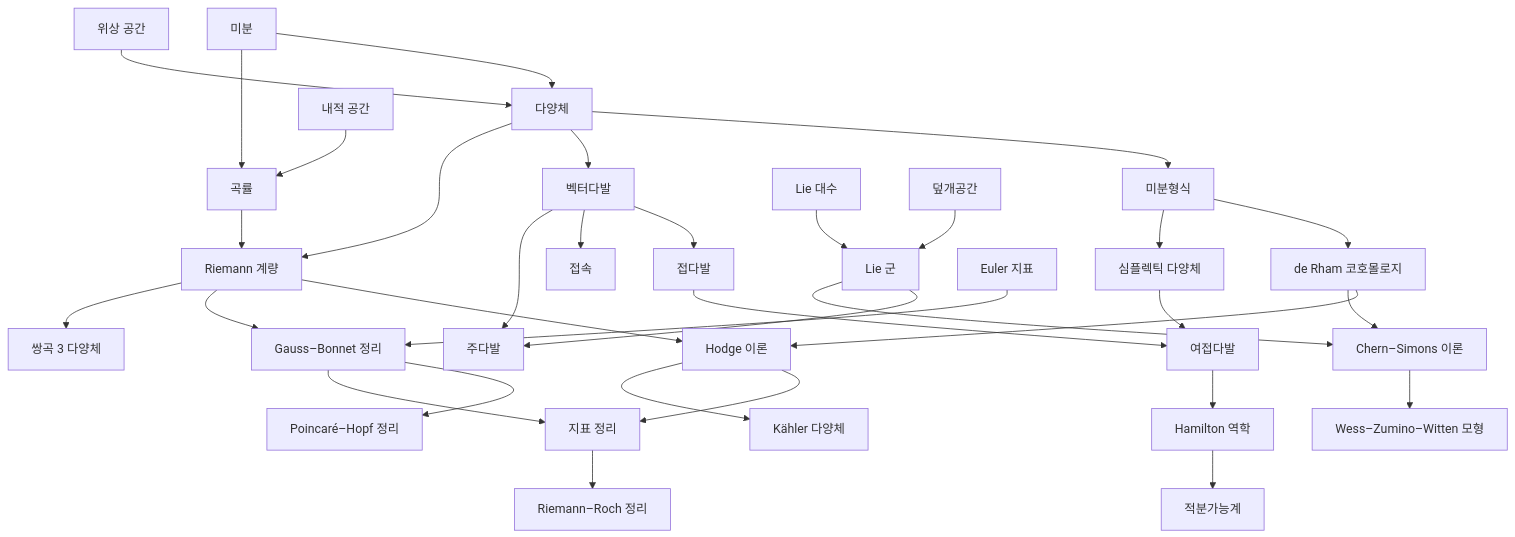
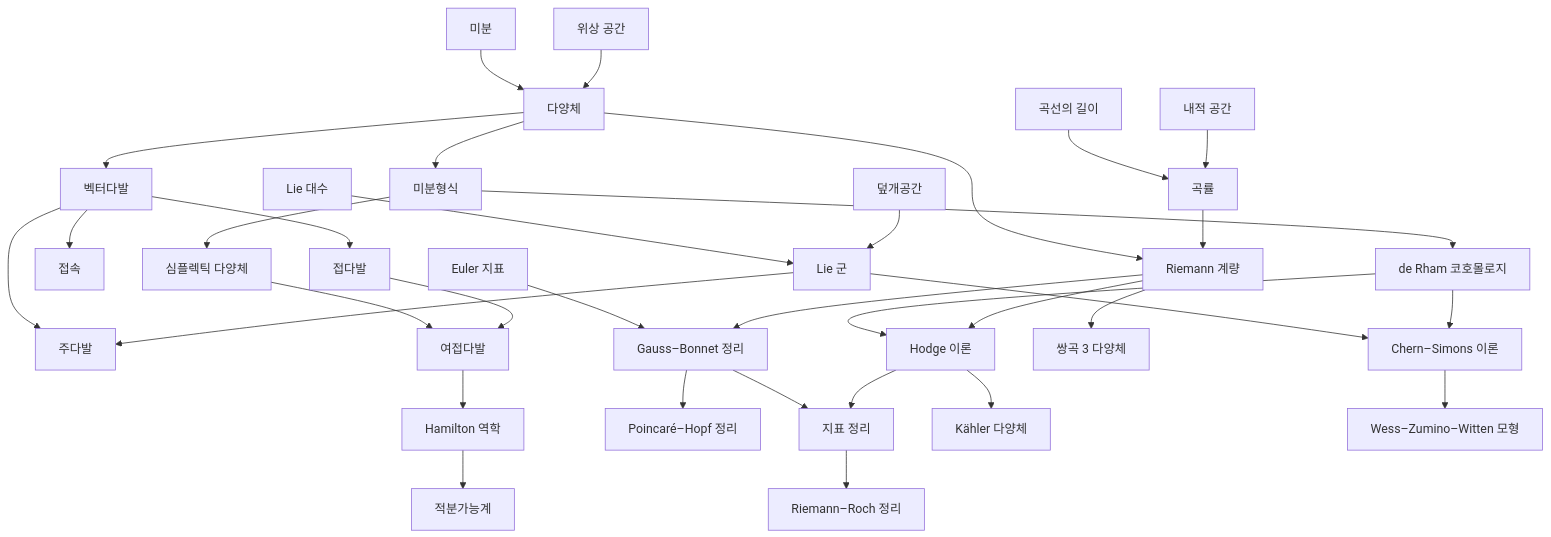
One commit to Phryxia/math-map changed the diagram in docs/differential-geometry-overview.md. Above: the diagram before and after it, drawn with Mermaid. The commit also changed other lines of this file and 6 other files, not shown here.

````diff
--- a/docs/differential-geometry-overview.md
+++ b/docs/differential-geometry-overview.md
@@ -11,36 +11,36 @@
 ```mermaid
 graph TD
   DV["미분"] --> MF["다양체"]
   TP["위상 공간"] --> MF
-  DV --> CV["곡률"]
+  AL["곡선의 길이"] --> CV["곡률"]
   IP["내적 공간"] --> CV
   MF --> DF["미분형식"]
   MF --> VB["벡터다발"]
   VB --> TB["접다발"]
   VB --> CN["접속"]
   VB --> PB["주다발"]
   MF --> RM["Riemann 계량"]
   CV --> RM
   DF --> DR["de Rham 코호몰로지"]
   DF --> SY["심플렉틱 다양체"]
   SY --> CT["여접다발"]
   TB --> CT
   CT --> HM["Hamilton 역학"]
   HM --> IS["적분가능계"]
   DR --> HT["Hodge 이론"]
   RM --> HT
   EC["Euler 지표"] --> GB["Gauss–Bonnet 정리"]
   RM --> GB
   GB --> PH["Poincaré–Hopf 정리"]
   GB --> IX["지표 정리"]
   HT --> IX
   HT --> KM["Kähler 다양체"]
   IX --> RR["Riemann–Roch 정리"]
   RM --> H3["쌍곡 3 다양체"]
   LA["Lie 대수"] --> LG["Lie 군"]
   CS2["덮개공간"] --> LG
   LG --> PB
   LG --> CS["Chern–Simons 이론"]
   DR --> CS
   CS --> WZ["Wess–Zumino–Witten 모형"]
 ```
````
